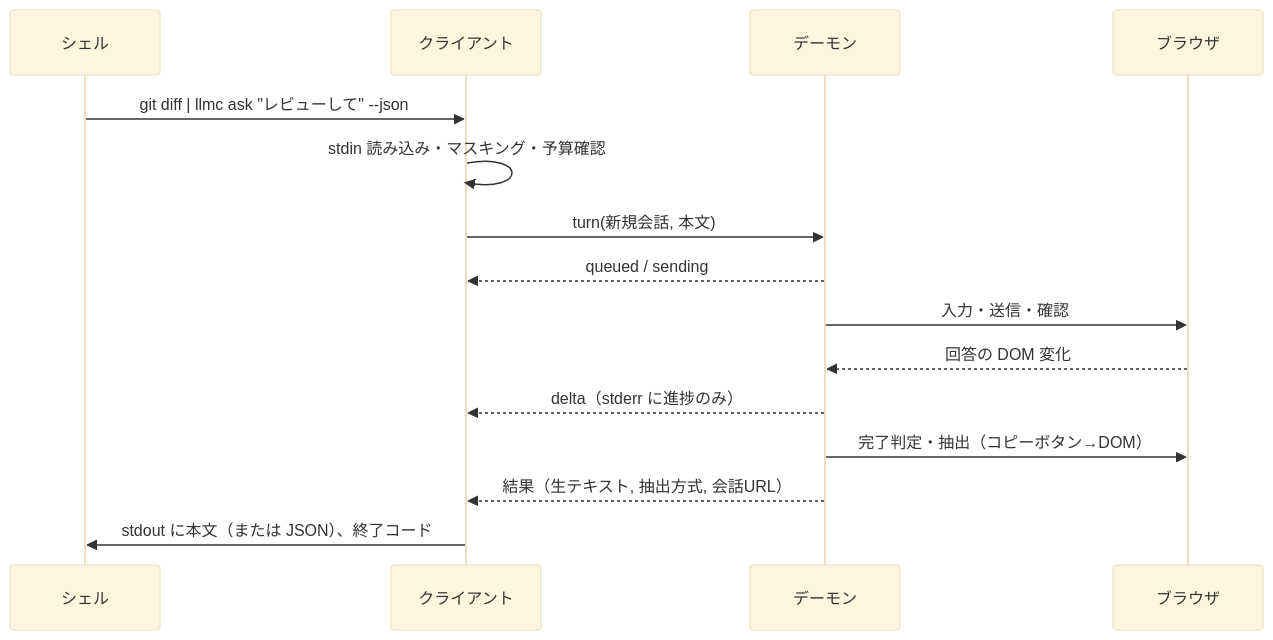
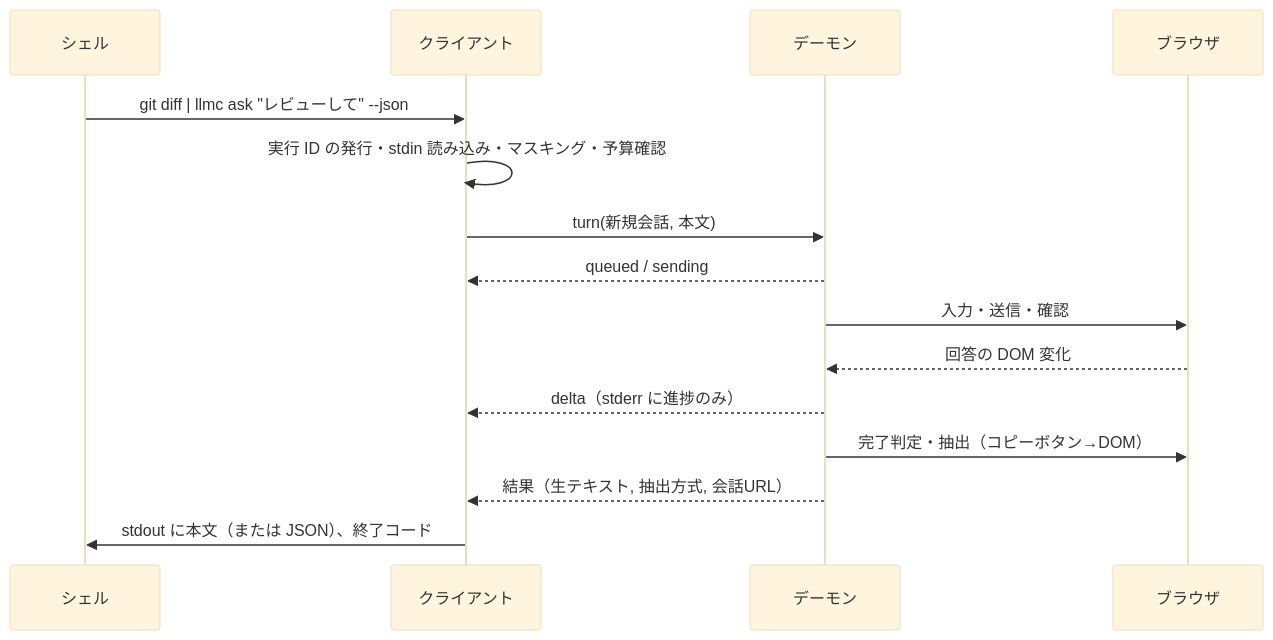
One commit to ip-sandbox/llmc changed the second of 3 diagrams in docs/architecture.md. Above: the diagram before and after it, drawn with Mermaid (base theme). The commit also changed other lines of this file and 6 other files, not shown here.

````diff
--- a/docs/architecture.md
+++ b/docs/architecture.md
@@ -100,17 +105,17 @@
 ```mermaid
 sequenceDiagram
   participant U as シェル
   participant C as クライアント
   participant D as デーモン
   participant B as ブラウザ
   U->>C: git diff | llmc ask "レビューして" --json
-  C->>C: stdin 読み込み・マスキング・予算確認
+  C->>C: 実行 ID の発行・stdin 読み込み・マスキング・予算確認
   C->>D: turn(新規会話, 本文)
   D-->>C: queued / sending
   D->>B: 入力・送信・確認
   B-->>D: 回答の DOM 変化
   D-->>C: delta（stderr に進捗のみ）
   D->>B: 完了判定・抽出（コピーボタン→DOM）
   D-->>C: 結果（生テキスト, 抽出方式, 会話URL）
   C->>U: stdout に本文（または JSON）、終了コード
 ```
````
